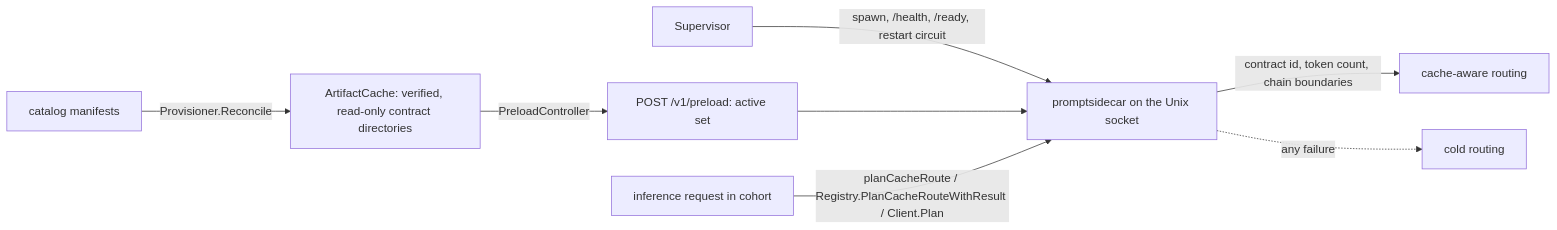
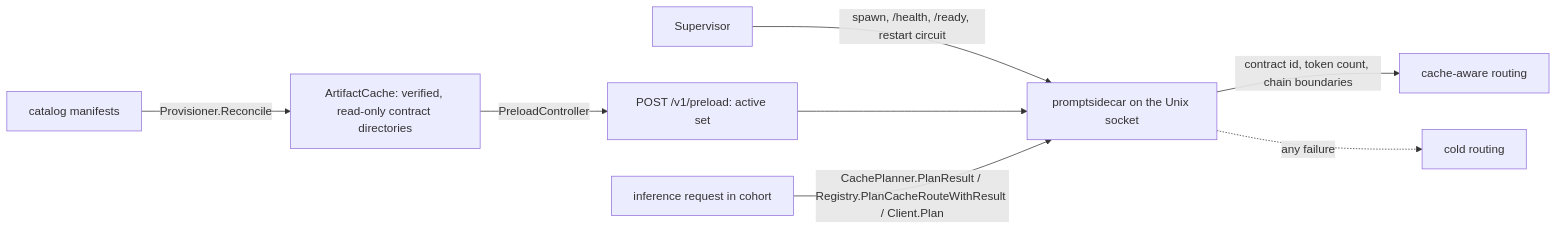
One commit to Layr-Labs/d-inference changed the diagram in docs/architecture/prompt-contract-sidecar.md. Above: the diagram before and after it, drawn with Mermaid. The commit also changed other lines of this file and 7 other files, not shown here.

````diff
--- a/docs/architecture/prompt-contract-sidecar.md
+++ b/docs/architecture/prompt-contract-sidecar.md
@@ -53,10 +58,10 @@
 ```mermaid
 flowchart LR
     CAT[catalog manifests] -- Provisioner.Reconcile --> AC[ArtifactCache: verified, read-only contract directories]
     AC -- PreloadController --> PRE[POST /v1/preload: active set]
     SUP[Supervisor] -- spawn, /health, /ready, restart circuit --> SC[promptsidecar on the Unix socket]
     PRE --> SC
-    REQ[inference request in cohort] -- planCacheRoute / Registry.PlanCacheRouteWithResult / Client.Plan --> SC
+    REQ[inference request in cohort] -- CachePlanner.PlanResult / Registry.PlanCacheRouteWithResult / Client.Plan --> SC
     SC -- contract id, token count, chain boundaries --> ROUTE[cache-aware routing]
     SC -. any failure .-> COLD[cold routing]
 ```
````
